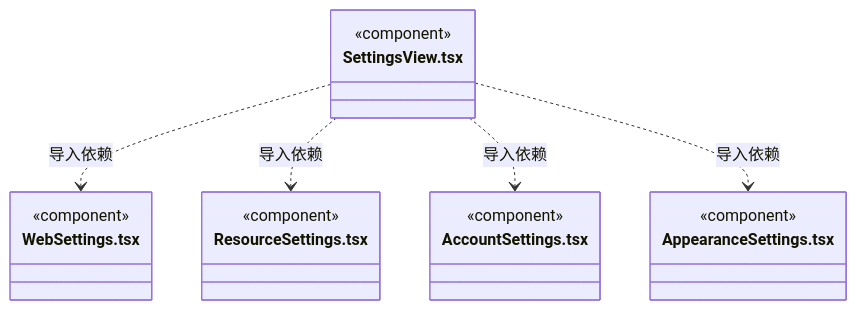
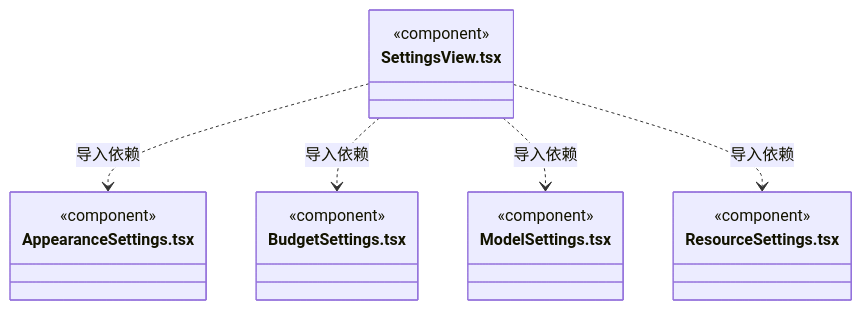
One commit to nan023062/cbim changed diagram 32 of 34 in src/view/settings/ARCHITECTURE.md. Above: the diagram before and after it, drawn with Mermaid. The commit also changed other lines of this file and 112 other files, not shown here.

Commit message:
docs: align source architecture with current declarations and contracts

````diff
--- a/src/view/settings/ARCHITECTURE.md
+++ b/src/view/settings/ARCHITECTURE.md
@@ -626,22 +629,22 @@
 ```mermaid
 classDiagram
 class N_src_view_settings_SettingsView_tsx["SettingsView.tsx"] {
   <<component>>
 }
-class N_src_view_settings_WebSettings_tsx["WebSettings.tsx"] {
+class N_src_view_settings_AppearanceSettings_tsx["AppearanceSettings.tsx"] {
+  <<component>>
+}
+class N_src_view_settings_BudgetSettings_tsx["BudgetSettings.tsx"] {
+  <<component>>
+}
+class N_src_view_settings_ModelSettings_tsx["ModelSettings.tsx"] {
   <<component>>
 }
 class N_src_view_settings_ResourceSettings_tsx["ResourceSettings.tsx"] {
   <<component>>
 }
-class N_src_view_settings_AccountSettings_tsx["AccountSettings.tsx"] {
-  <<component>>
-}
-class N_src_view_settings_AppearanceSettings_tsx["AppearanceSettings.tsx"] {
-  <<component>>
-}
-N_src_view_settings_SettingsView_tsx ..> N_src_view_settings_WebSettings_tsx : 导入依赖
+N_src_view_settings_SettingsView_tsx ..> N_src_view_settings_AppearanceSettings_tsx : 导入依赖
+N_src_view_settings_SettingsView_tsx ..> N_src_view_settings_BudgetSettings_tsx : 导入依赖
+N_src_view_settings_SettingsView_tsx ..> N_src_view_settings_ModelSettings_tsx : 导入依赖
 N_src_view_settings_SettingsView_tsx ..> N_src_view_settings_ResourceSettings_tsx : 导入依赖
-N_src_view_settings_SettingsView_tsx ..> N_src_view_settings_AccountSettings_tsx : 导入依赖
-N_src_view_settings_SettingsView_tsx ..> N_src_view_settings_AppearanceSettings_tsx : 导入依赖
 ```
````
